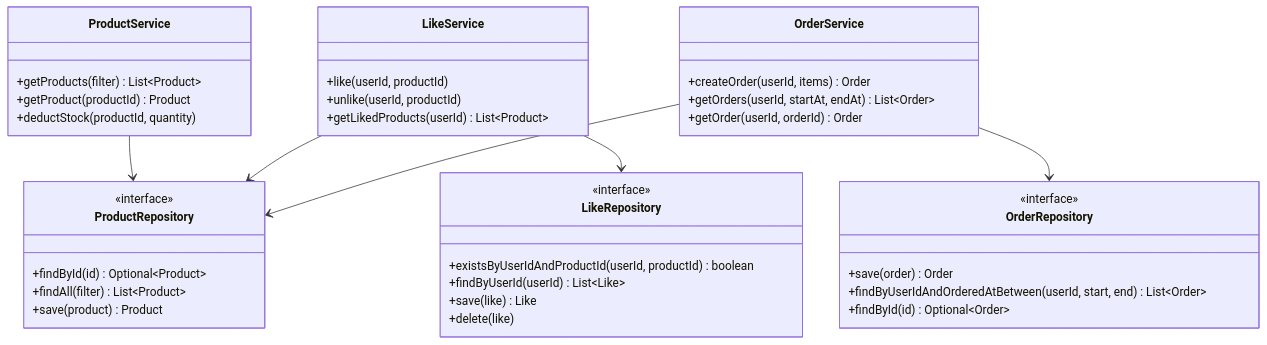
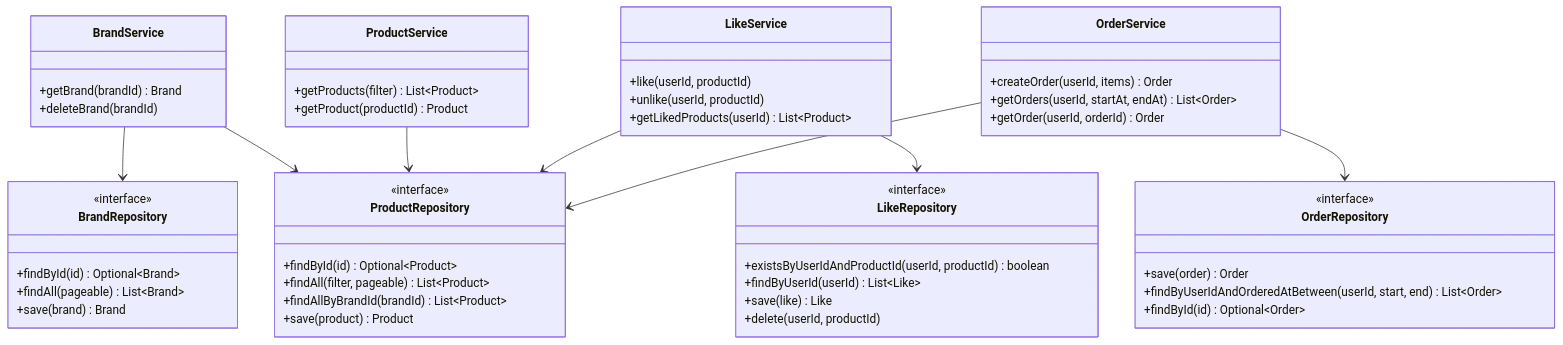
The second of 2 diagrams in docs/week2/03-class-diagram.md (loopers-labs/loop-pack-be-l2-vol4-java), drawn with Mermaid before and after one commit. The commit also changed other lines of this file and 4 other files, not shown here.

````diff
--- a/docs/week2/03-class-diagram.md
+++ b/docs/week2/03-class-diagram.md
@@ -64,48 +83,62 @@
 ```mermaid
 classDiagram
+    class BrandService {
+        +getBrand(brandId) Brand
+        +deleteBrand(brandId)
+    }
+
     class ProductService {
         +getProducts(filter) List~Product~
         +getProduct(productId) Product
-        +deductStock(productId, quantity)
     }
 
     class LikeService {
         +like(userId, productId)
         +unlike(userId, productId)
         +getLikedProducts(userId) List~Product~
     }
 
     class OrderService {
         +createOrder(userId, items) Order
         +getOrders(userId, startAt, endAt) List~Order~
         +getOrder(userId, orderId) Order
     }
 
+    class BrandRepository {
+        <<interface>>
+        +findById(id) Optional~Brand~
+        +findAll(pageable) List~Brand~
+        +save(brand) Brand
+    }
+
     class ProductRepository {
         <<interface>>
         +findById(id) Optional~Product~
-        +findAll(filter) List~Product~
+        +findAll(filter, pageable) List~Product~
+        +findAllByBrandId(brandId) List~Product~
         +save(product) Product
     }
 
     class LikeRepository {
         <<interface>>
         +existsByUserIdAndProductId(userId, productId) boolean
         +findByUserId(userId) List~Like~
         +save(like) Like
-        +delete(like)
+        +delete(userId, productId)
     }
 
     class OrderRepository {
         <<interface>>
         +save(order) Order
         +findByUserIdAndOrderedAtBetween(userId, start, end) List~Order~
         +findById(id) Optional~Order~
     }
 
+    BrandService --> BrandRepository
+    BrandService --> ProductRepository
     ProductService --> ProductRepository
     LikeService --> LikeRepository
     LikeService --> ProductRepository
     OrderService --> OrderRepository
     OrderService --> ProductRepository
 ```
````
